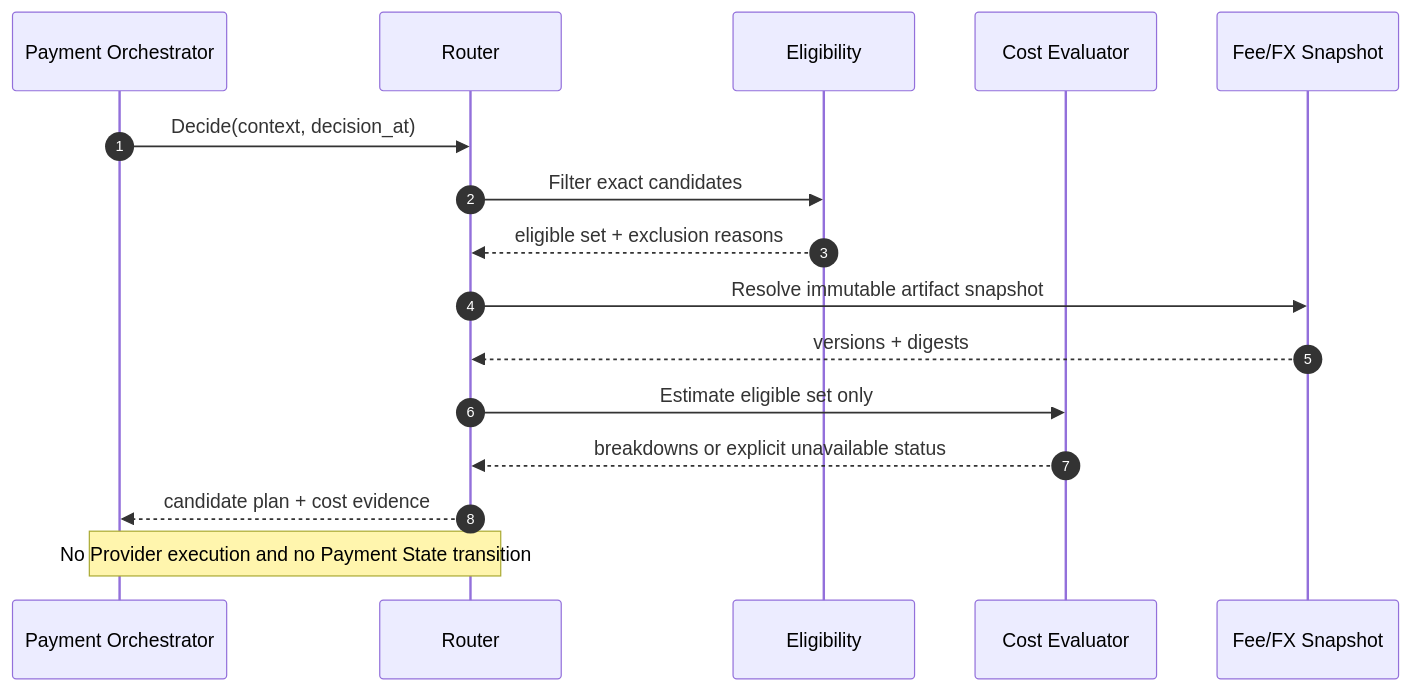
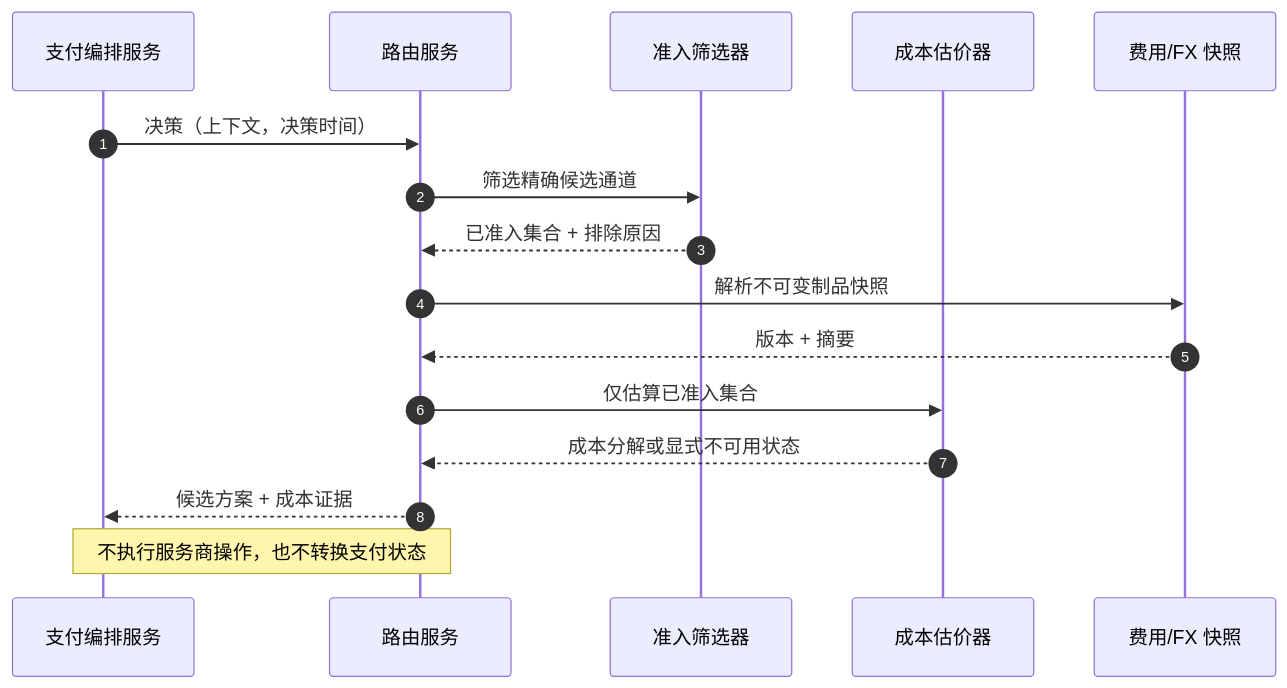
Before and after one commit to YouEclipse/Designing-Modern-Payment-Systems: the second of 3 diagrams in part-2-routing-engine/cost-aware-routing.md, drawn with Mermaid. The commit also changed other lines of this file and 59 other files, not shown here.

````diff
--- a/part-2-routing-engine/cost-aware-routing.md
+++ b/part-2-routing-engine/cost-aware-routing.md
@@ -184,19 +184,19 @@
 ```mermaid
 sequenceDiagram
     autonumber
-    participant O as Payment Orchestrator
-    participant R as Router
-    participant E as Eligibility
-    participant C as Cost Evaluator
-    participant F as Fee/FX Snapshot
+    participant O as 支付编排服务
+    participant R as 路由服务
+    participant E as 准入筛选器
+    participant C as 成本估价器
+    participant F as 费用/FX 快照
 
-    O->>R: Decide(context, decision_at)
-    R->>E: Filter exact candidates
-    E-->>R: eligible set + exclusion reasons
-    R->>F: Resolve immutable artifact snapshot
-    F-->>R: versions + digests
-    R->>C: Estimate eligible set only
-    C-->>R: breakdowns or explicit unavailable status
-    R-->>O: candidate plan + cost evidence
-    Note over O,R: No Provider execution and no Payment State transition
+    O->>R: 决策（上下文，决策时间）
+    R->>E: 筛选精确候选通道
+    E-->>R: 已准入集合 + 排除原因
+    R->>F: 解析不可变制品快照
+    F-->>R: 版本 + 摘要
+    R->>C: 仅估算已准入集合
+    C-->>R: 成本分解或显式不可用状态
+    R-->>O: 候选方案 + 成本证据
+    Note over O,R: 不执行服务商操作，也不转换支付状态
 ```
````
